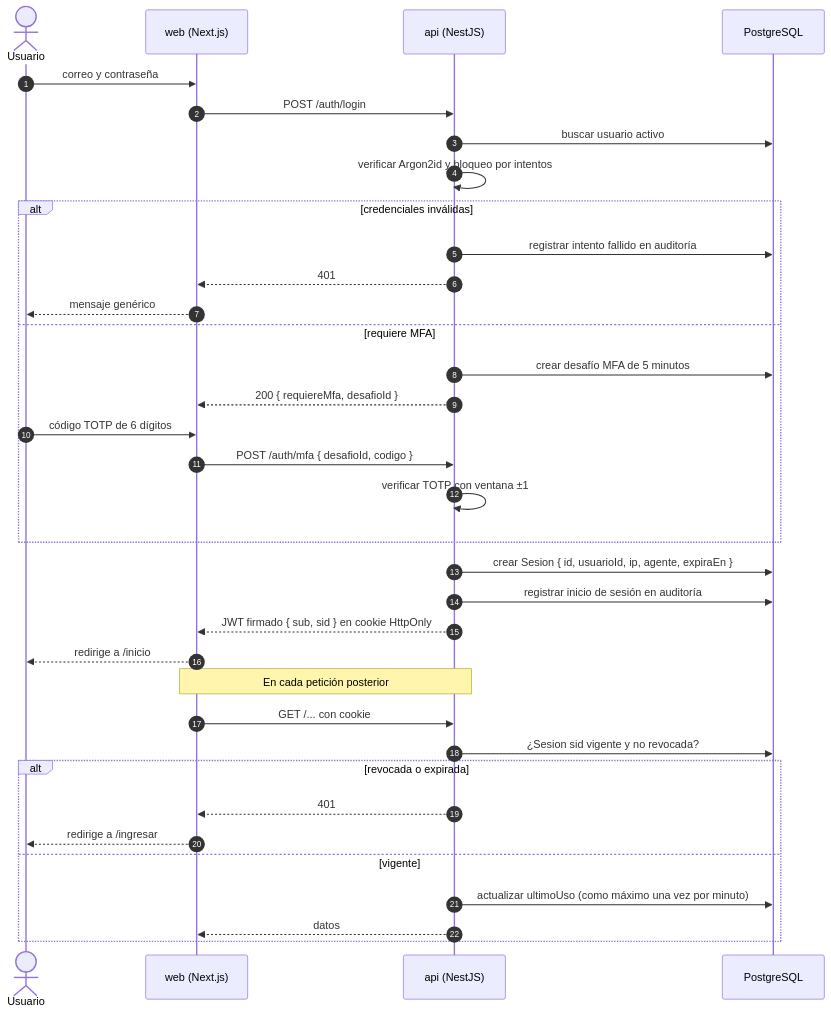
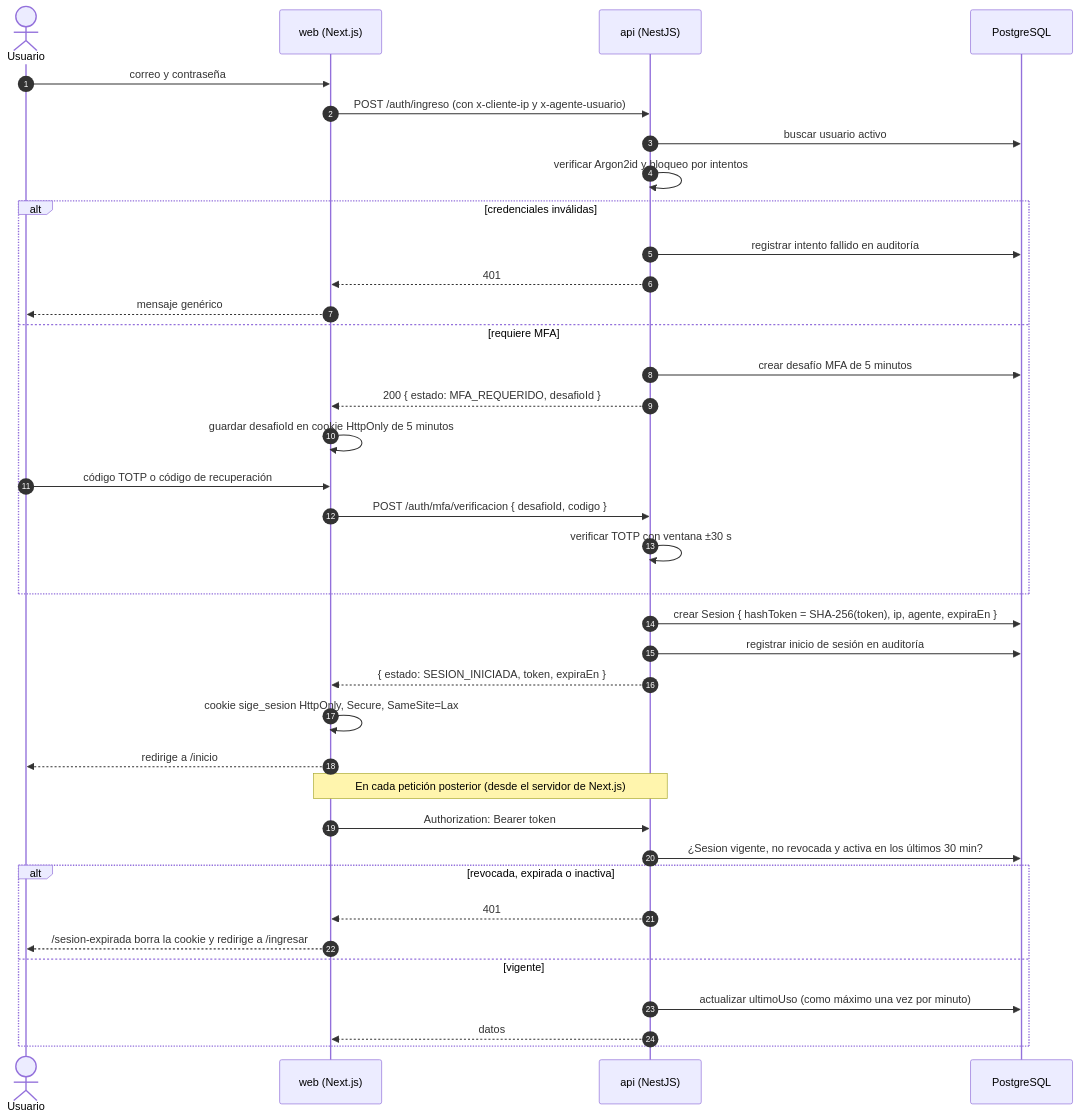
One commit to Jose27luis/SISTEMA-INTEGRAL-DE-GESTI-N-EMPRESARIAL changed the tenth of 42 diagrams in README.md. Above: the diagram before and after it, drawn with Mermaid. The commit also changed other lines of this file, not shown here.

````diff
--- a/README.md
+++ b/README.md
@@ -1131,39 +1131,41 @@
 ```mermaid
 sequenceDiagram
     autonumber
     actor U as Usuario
     participant W as web (Next.js)
     participant A as api (NestJS)
     participant D as PostgreSQL
 
     U->>W: correo y contraseña
-    W->>A: POST /auth/login
+    W->>A: POST /auth/ingreso (con x-cliente-ip y x-agente-usuario)
     A->>D: buscar usuario activo
     A->>A: verificar Argon2id y bloqueo por intentos
     alt credenciales inválidas
         A->>D: registrar intento fallido en auditoría
         A-->>W: 401
         W-->>U: mensaje genérico
     else requiere MFA
         A->>D: crear desafío MFA de 5 minutos
-        A-->>W: 200 { requiereMfa, desafioId }
-        U->>W: código TOTP de 6 dígitos
-        W->>A: POST /auth/mfa { desafioId, codigo }
-        A->>A: verificar TOTP con ventana ±1
+        A-->>W: 200 { estado: MFA_REQUERIDO, desafioId }
+        W->>W: guardar desafioId en cookie HttpOnly de 5 minutos
+        U->>W: código TOTP o código de recuperación
+        W->>A: POST /auth/mfa/verificacion { desafioId, codigo }
+        A->>A: verificar TOTP con ventana ±30 s
     end
-    A->>D: crear Sesion { id, usuarioId, ip, agente, expiraEn }
+    A->>D: crear Sesion { hashToken = SHA-256(token), ip, agente, expiraEn }
     A->>D: registrar inicio de sesión en auditoría
-    A-->>W: JWT firmado { sub, sid } en cookie HttpOnly
+    A-->>W: { estado: SESION_INICIADA, token, expiraEn }
+    W->>W: cookie sige_sesion HttpOnly, Secure, SameSite=Lax
     W-->>U: redirige a /inicio
 
-    Note over W,A: En cada petición posterior
-    W->>A: GET /... con cookie
-    A->>D: ¿Sesion sid vigente y no revocada?
-    alt revocada o expirada
+    Note over W,A: En cada petición posterior (desde el servidor de Next.js)
+    W->>A: Authorization: Bearer token
+    A->>D: ¿Sesion vigente, no revocada y activa en los últimos 30 min?
+    alt revocada, expirada o inactiva
         A-->>W: 401
-        W-->>U: redirige a /ingresar
+        W-->>U: /sesion-expirada borra la cookie y redirige a /ingresar
     else vigente
         A->>D: actualizar ultimoUso (como máximo una vez por minuto)
         A-->>W: datos
     end
 ```
````
